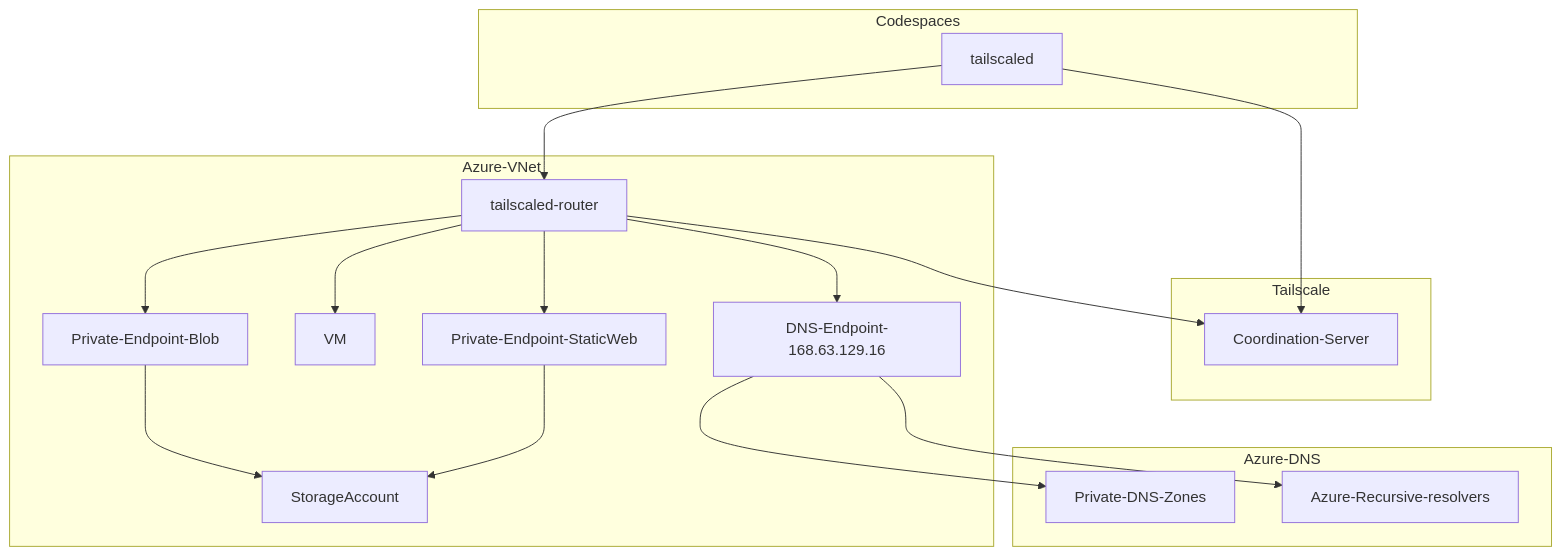
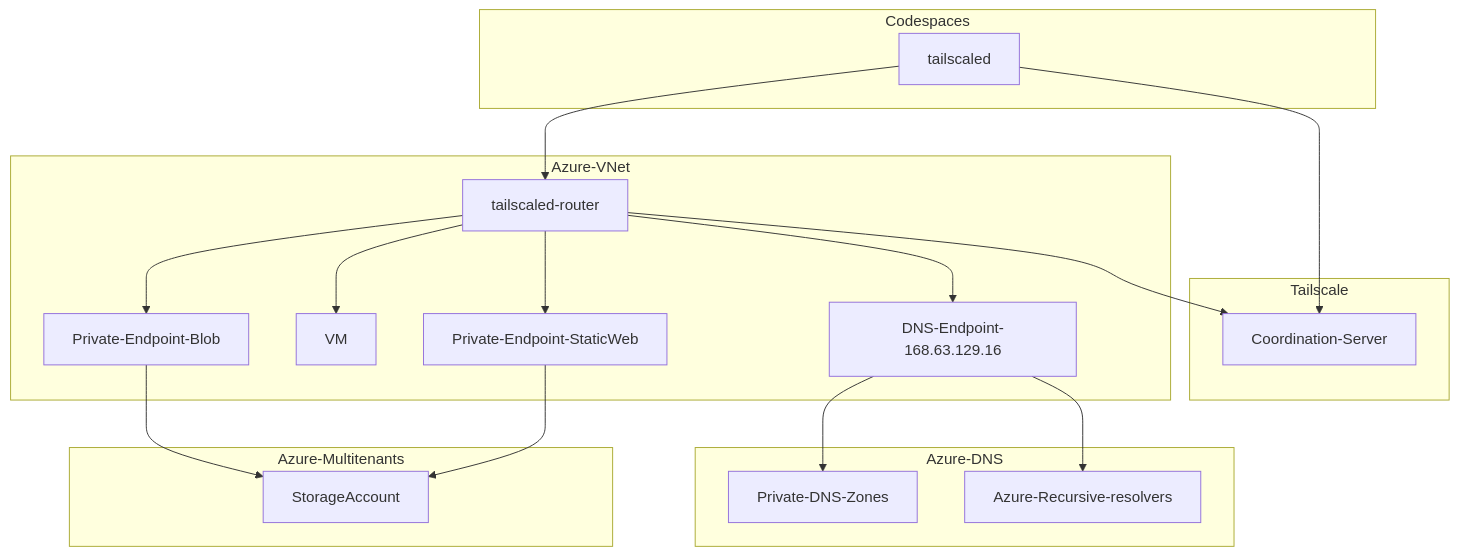
The diagram in README.md (torumakabe/tailscale-codespaces-azure-sample), drawn with Mermaid before and after one commit.

````diff
--- a/README.md
+++ b/README.md
@@ -12,23 +12,26 @@
 ```mermaid
 graph TB
     subgraph Tailscale
         Coordination-Server
     end
     subgraph Azure-VNet
         tailscaled-router --> DNS-Endpoint-168.63.129.16
         tailscaled-router --> Coordination-Server
         tailscaled-router --> VM
         tailscaled-router --> Private-Endpoint-Blob
         tailscaled-router --> Private-Endpoint-StaticWeb
-        Private-Endpoint-Blob --> StorageAccount
-        Private-Endpoint-StaticWeb --> StorageAccount
+
     end
     subgraph Azure-DNS
         DNS-Endpoint-168.63.129.16 --> Private-DNS-Zones
         DNS-Endpoint-168.63.129.16 --> Azure-Recursive-resolvers
+    end
+    subgraph Azure-Multitenants
+        Private-Endpoint-Blob --> StorageAccount
+        Private-Endpoint-StaticWeb --> StorageAccount
     end
     subgraph Codespaces
         tailscaled --> Coordination-Server
         tailscaled --> tailscaled-router
     end
 ```
````
